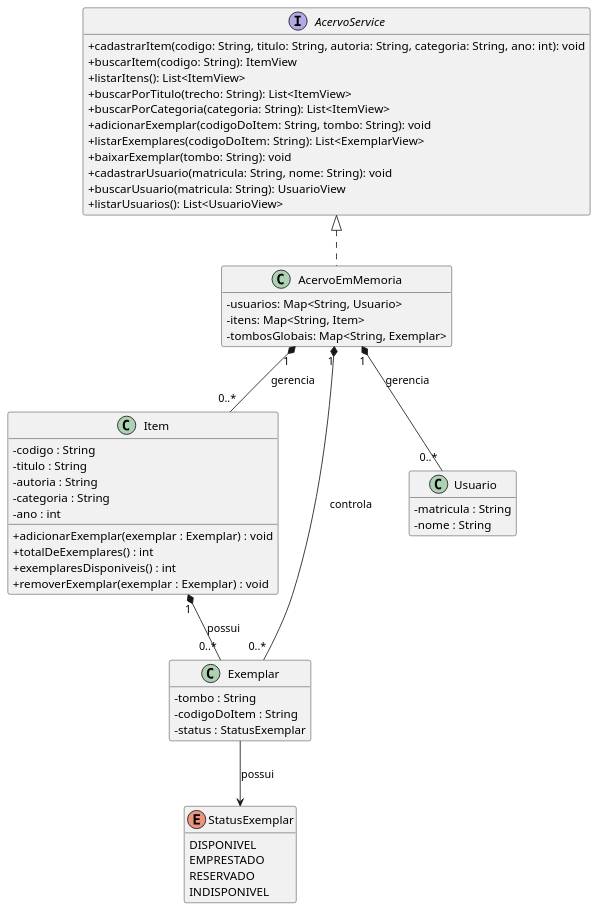
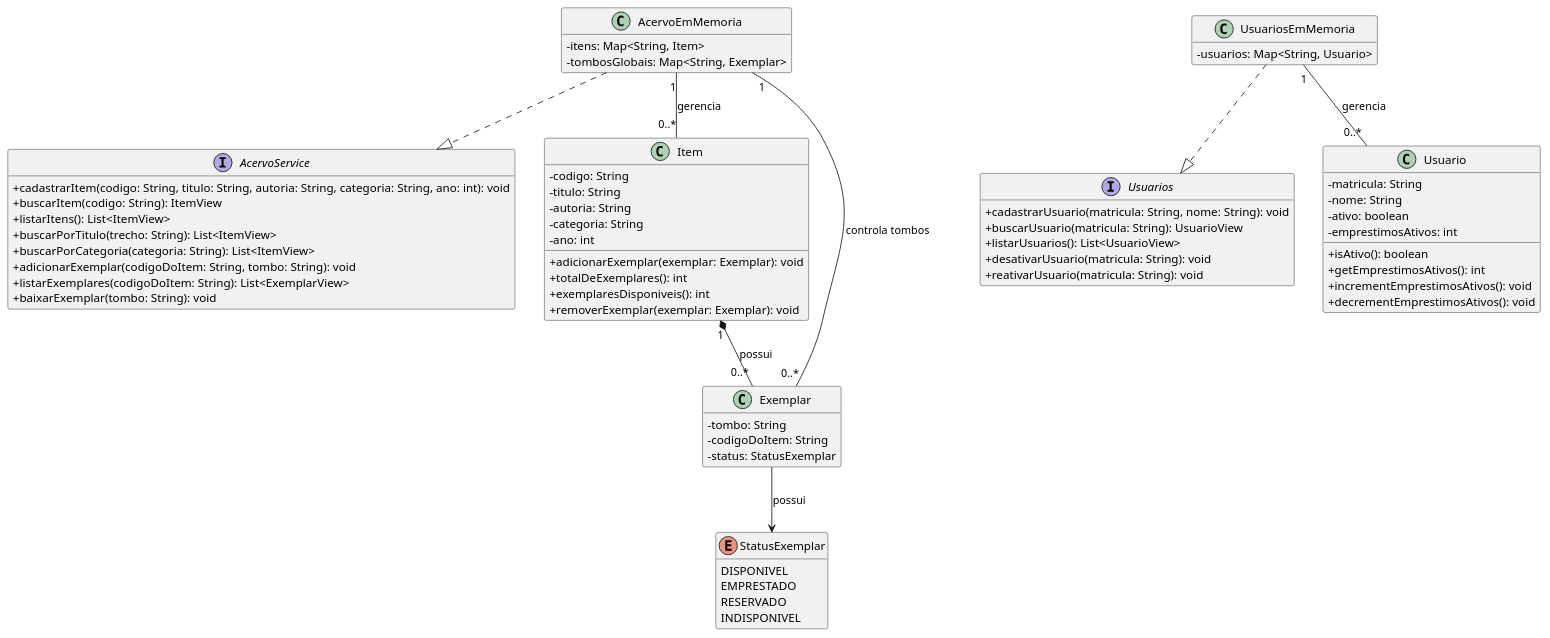
The diagram in docs/modelo.puml (poo-dcx-2026-2/equipe-01-itgirls), drawn with PlantUML before and after one commit. The commit also changed 1 other file, not shown here.

Commit message:
adicionei os comentários de passo a passo nos métodos que eu implementei e corrigi o diagrama de usuário

```diff
--- a/docs/modelo.puml
+++ b/docs/modelo.puml
@@ -1,73 +1,89 @@
 @startuml
-' Modelo de domínio do sistema: Entrega 1.
-'
-' Este arquivo é o ponto de partida. Substitua pelo modelo da sua equipe.
-' O diagrama precisa corresponder ao código entregue.
-'
-' Para gerar a imagem: instale o plugin PlantUML no IntelliJ, ou use
-'   plantuml docs/modelo.puml
-' e versione a imagem gerada ao lado deste arquivo.
 
 skinparam classAttributeIconSize 0
 hide empty members
 
-
 interface AcervoService {
-  + cadastrarItem(codigo: String, titulo: String, autoria: String, categoria: String, ano: int): void
-  + buscarItem(codigo: String): ItemView
-  + listarItens(): List<ItemView>
-  + buscarPorTitulo(trecho: String): List<ItemView>
-  + buscarPorCategoria(categoria: String): List<ItemView>
-  + adicionarExemplar(codigoDoItem: String, tombo: String): void
-  + listarExemplares(codigoDoItem: String): List<ExemplarView>
-  + baixarExemplar(tombo: String): void
-  + cadastrarUsuario(matricula: String, nome: String): void
-  + buscarUsuario(matricula: String): UsuarioView
-  + listarUsuarios(): List<UsuarioView>
+    +cadastrarItem(codigo: String, titulo: String, autoria: String, categoria: String, ano: int): void
+    +buscarItem(codigo: String): ItemView
+    +listarItens(): List<ItemView>
+    +buscarPorTitulo(trecho: String): List<ItemView>
+    +buscarPorCategoria(categoria: String): List<ItemView>
+    +adicionarExemplar(codigoDoItem: String, tombo: String): void
+    +listarExemplares(codigoDoItem: String): List<ExemplarView>
+    +baixarExemplar(tombo: String): void
 }
 
-class AcervoEmMemoria implements AcervoService {
-  - usuarios: Map<String, Usuario>
-  - itens: Map<String, Item>
-  - tombosGlobais: Map<String, Exemplar>
+class AcervoEmMemoria {
+    -itens: Map<String, Item>
+    -tombosGlobais: Map<String, Exemplar>
+}
+
+AcervoEmMemoria ..|> AcervoService
+
+
+interface Usuarios {
+    +cadastrarUsuario(matricula: String, nome: String): void
+    +buscarUsuario(matricula: String): UsuarioView
+    +listarUsuarios(): List<UsuarioView>
+    +desativarUsuario(matricula: String): void
+    +reativarUsuario(matricula: String): void
+}
+
+class UsuariosEmMemoria {
+    -usuarios: Map<String, Usuario>
+}
+
+UsuariosEmMemoria ..|> Usuarios
+
+
+class Item {
+    -codigo: String
+    -titulo: String
+    -autoria: String
+    -categoria: String
+    -ano: int
+
+    +adicionarExemplar(exemplar: Exemplar): void
+    +totalDeExemplares(): int
+    +exemplaresDisponiveis(): int
+    +removerExemplar(exemplar: Exemplar): void
+}
+
+class Exemplar {
+    -tombo: String
+    -codigoDoItem: String
+    -status: StatusExemplar
+}
+
+class Usuario {
+    -matricula: String
+    -nome: String
+    -ativo: boolean
+    -emprestimosAtivos: int
+
+    +isAtivo(): boolean
+    +getEmprestimosAtivos(): int
+    +incrementEmprestimosAtivos(): void
+    +decrementEmprestimosAtivos(): void
+}
+
+enum StatusExemplar {
+    DISPONIVEL
+    EMPRESTADO
+    RESERVADO
+    INDISPONIVEL
 }
 
 
+AcervoEmMemoria "1" -- "0..*" Item : gerencia
 
+Item "1" *-- "0..*" Exemplar : possui
 
-class Item {
-  - codigo : String
-  - titulo : String
-  - autoria : String
-  - categoria : String
-  - ano : int
-  + adicionarExemplar(exemplar : Exemplar) : void
-  + totalDeExemplares() : int
-  + exemplaresDisponiveis() : int
-  + removerExemplar(exemplar : Exemplar) : void
-}
+AcervoEmMemoria "1" -- "0..*" Exemplar : controla tombos
 
-class Exemplar {
-  - tombo : String
-  - codigoDoItem : String
-  - status : StatusExemplar
-}
+UsuariosEmMemoria "1" -- "0..*" Usuario : gerencia
 
-enum StatusExemplar {
-  DISPONIVEL
-  EMPRESTADO
-  RESERVADO
-  INDISPONIVEL
-}
+Exemplar --> StatusExemplar : possui
 
-class Usuario {
-  - matricula : String
-  - nome : String
-}
-
-AcervoEmMemoria "1" *-- "0..*" Item : gerencia
-AcervoEmMemoria "1" *-- "0..*" Usuario : gerencia
-AcervoEmMemoria "1" *-- "0..*" Exemplar : controla
-Item "1" *-- "0..*" Exemplar : possui
-Exemplar --> StatusExemplar : possui
 @enduml
```
